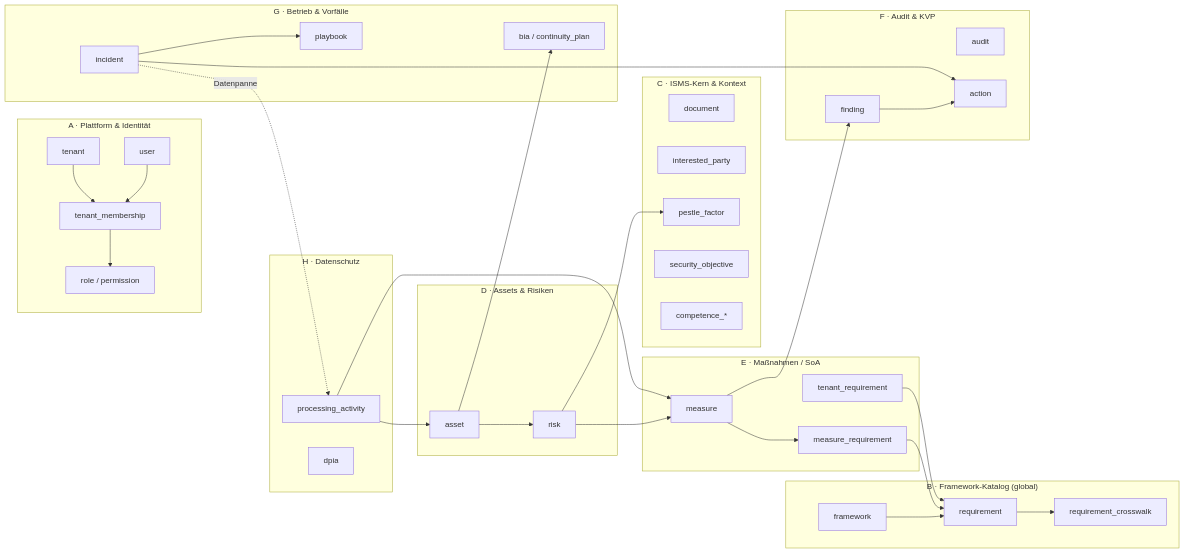
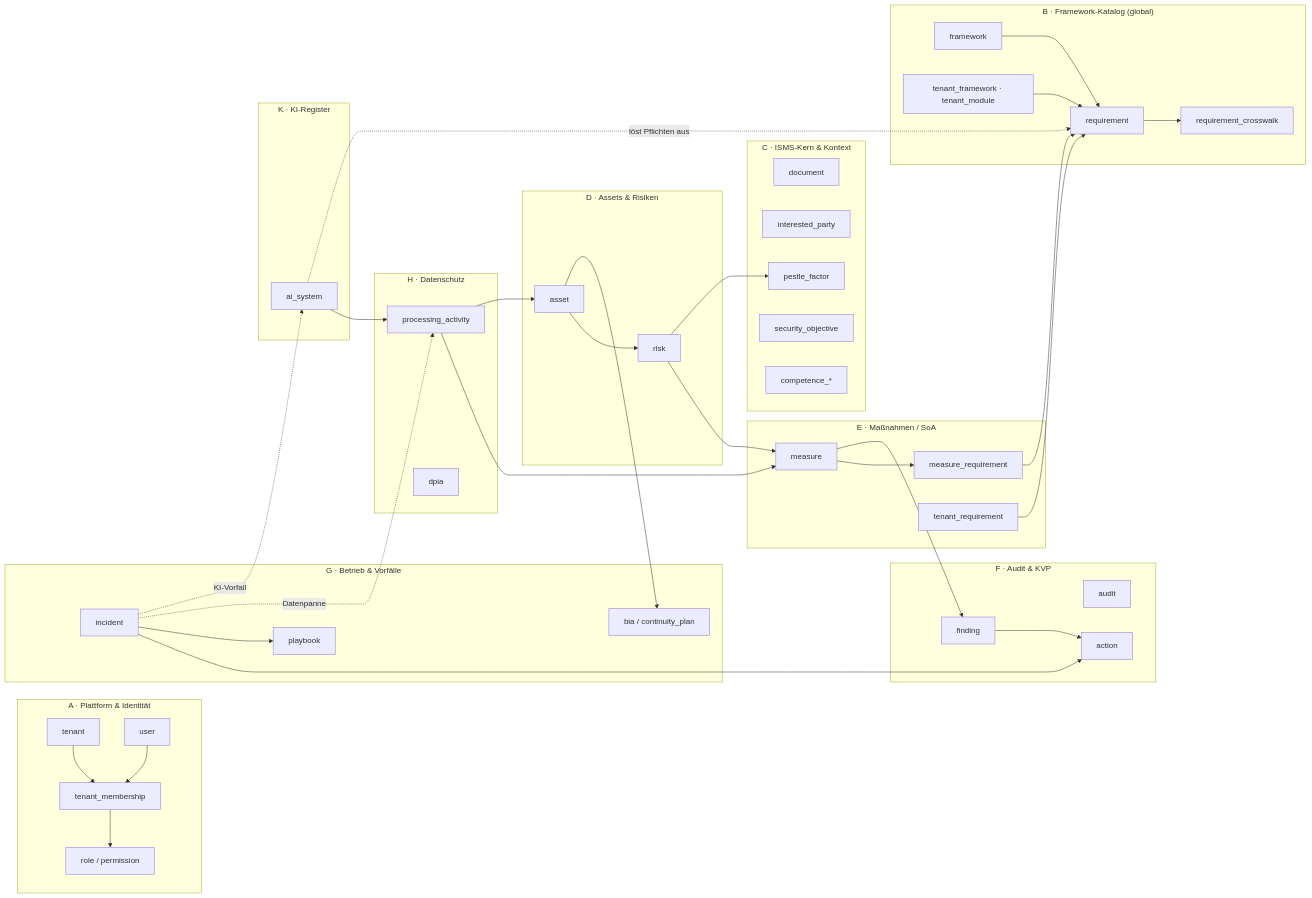
One commit to Kico-bot/ISMS_SaaS changed the first of 10 diagrams in docs/architecture/01-datenmodell.md. Above: the diagram before and after it, drawn with Mermaid. The commit also changed other lines of this file and 8 other files, not shown here.

First line of the commit message:
Docs: bring architecture and guides up to the current state; track open checks

````diff
--- a/docs/architecture/01-datenmodell.md
+++ b/docs/architecture/01-datenmodell.md
@@ -29,58 +29,66 @@
 ```mermaid
 flowchart LR
   subgraph Platform["A · Plattform & Identität"]
     TENANT[tenant]
     USER[user]
     MEMB[tenant_membership]
     ROLE[role / permission]
   end
   subgraph Catalog["B · Framework-Katalog (global)"]
     FW[framework]
     REQ[requirement]
     XW[requirement_crosswalk]
+    TF[tenant_framework · tenant_module]
   end
   subgraph Core["C · ISMS-Kern & Kontext"]
     DOC[document]
     PARTY[interested_party]
     PESTLE[pestle_factor]
     OBJ[security_objective]
     COMP[competence_*]
   end
   subgraph AssetRisk["D · Assets & Risiken"]
     ASSET[asset]
     RISK[risk]
   end
   subgraph SoA["E · Maßnahmen / SoA"]
     MEAS[measure]
     MR[measure_requirement]
     TR[tenant_requirement]
   end
   subgraph Audit["F · Audit & KVP"]
     AUD[audit]
     FIND[finding]
     ACT[action]
   end
   subgraph Ops["G · Betrieb & Vorfälle"]
     INC[incident]
     PB[playbook]
     BIA[bia / continuity_plan]
   end
   subgraph Privacy["H · Datenschutz"]
     ROPA[processing_activity]
     DPIA[dpia]
   end
+  subgraph AI["K · KI-Register"]
+    AIS[ai_system]
+  end
 
   TENANT --> MEMB --> ROLE
   USER --> MEMB
   FW --> REQ --> XW
   ASSET --> RISK --> MEAS --> MR --> REQ
   TR --> REQ
   RISK --> PESTLE
   MEAS --> FIND --> ACT
   INC --> ACT
   INC --> PB
   ASSET --> BIA
   ROPA --> MEAS
   ROPA --> ASSET
   INC -. Datenpanne .-> ROPA
+  TF --> REQ
+  AIS --> ROPA
+  AIS -. löst Pflichten aus .-> REQ
+  INC -. KI-Vorfall .-> AIS
 ```
````
